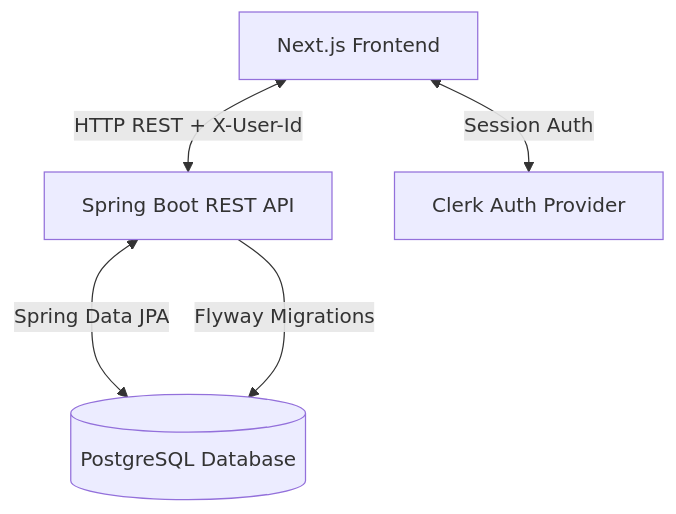
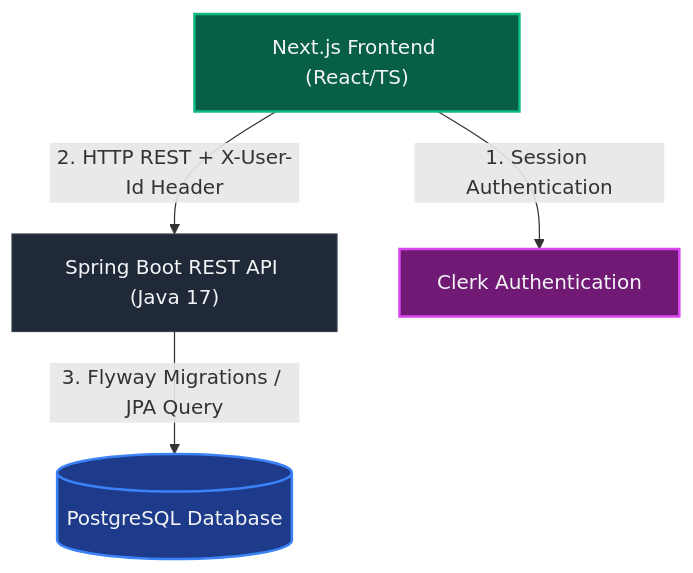
Before and after one commit to SUMIT74184/Lumina-Edge: the diagram in README.md, drawn with Mermaid. The commit also changed other lines of this file, not shown here.

Commit message:
docs: remove header emojis and improve architecture mermaid diagram

````diff
--- a/README.md
+++ b/README.md
@@ -11,7 +11,23 @@
 ```mermaid
 graph TD
-    Client[Next.js Frontend] <-->|HTTP REST + X-User-Id| API[Spring Boot REST API]
-    API <-->|Spring Data JPA| DB[(PostgreSQL Database)]
-    Client <-->|Session Auth| Clerk[Clerk Auth Provider]
-    API --->|Flyway Migrations| DB
+    %% Define Nodes
+    Client["Next.js Frontend (React/TS)"]
+    API["Spring Boot REST API (Java 17)"]
+    DB[("PostgreSQL Database")]
+    Clerk["Clerk Authentication"]
+
+    %% Define Flows
+    Client -->|1. Session Authentication| Clerk
+    Client -->|2. HTTP REST + X-User-Id Header| API
+    API -->|3. Flyway Migrations / JPA Query| DB
+    
+    %% Styling
+    classDef default fill:#1f2937,stroke:#374151,stroke-width:1px,color:#f3f4f6;
+    classDef db fill:#1e3a8a,stroke:#3b82f6,stroke-width:2px,color:#f3f4f6;
+    classDef client fill:#065f46,stroke:#10b981,stroke-width:2px,color:#f3f4f6;
+    classDef auth fill:#701a75,stroke:#d946ef,stroke-width:2px,color:#f3f4f6;
+    
+    class Client client;
+    class DB db;
+    class Clerk auth;
 ```
````
